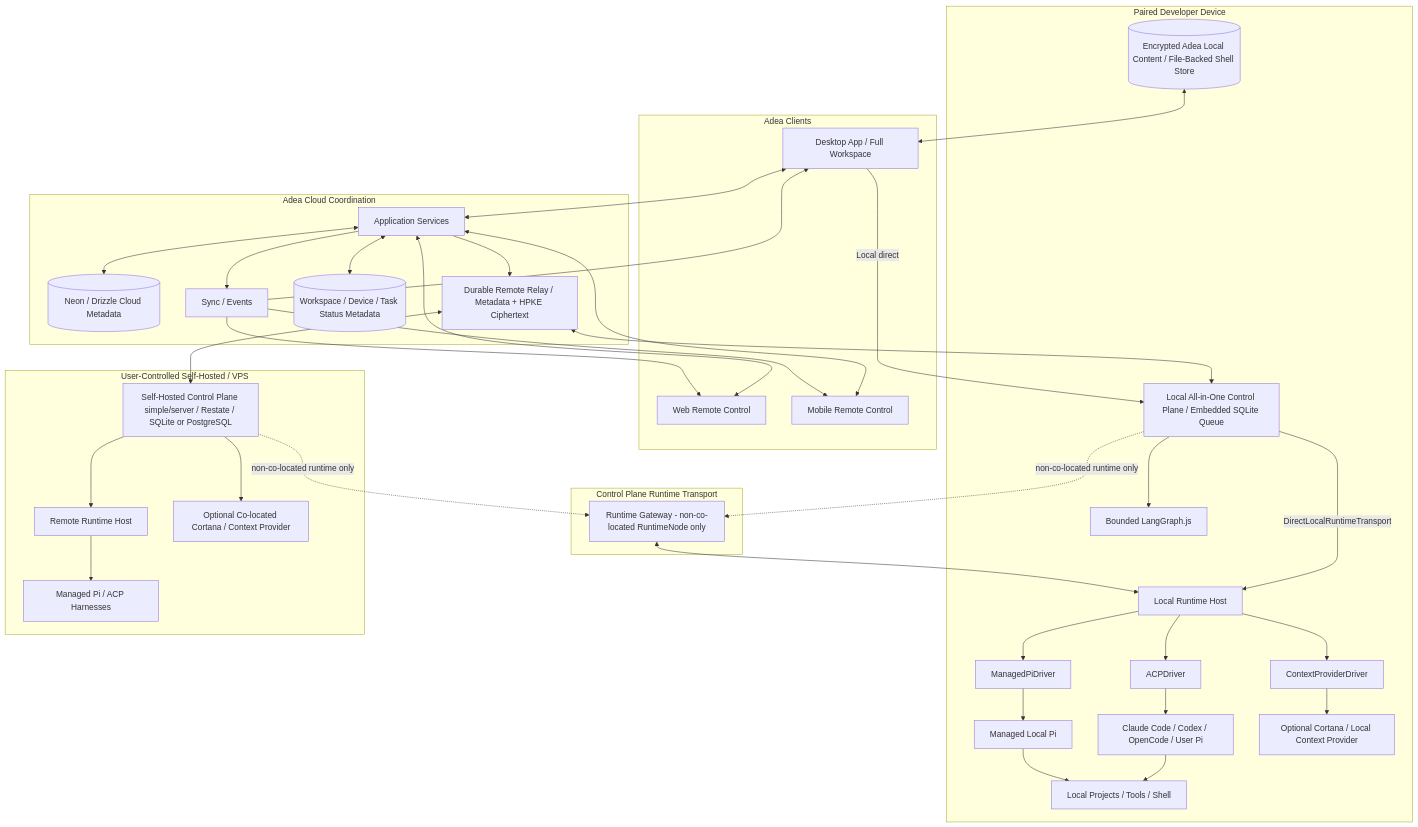
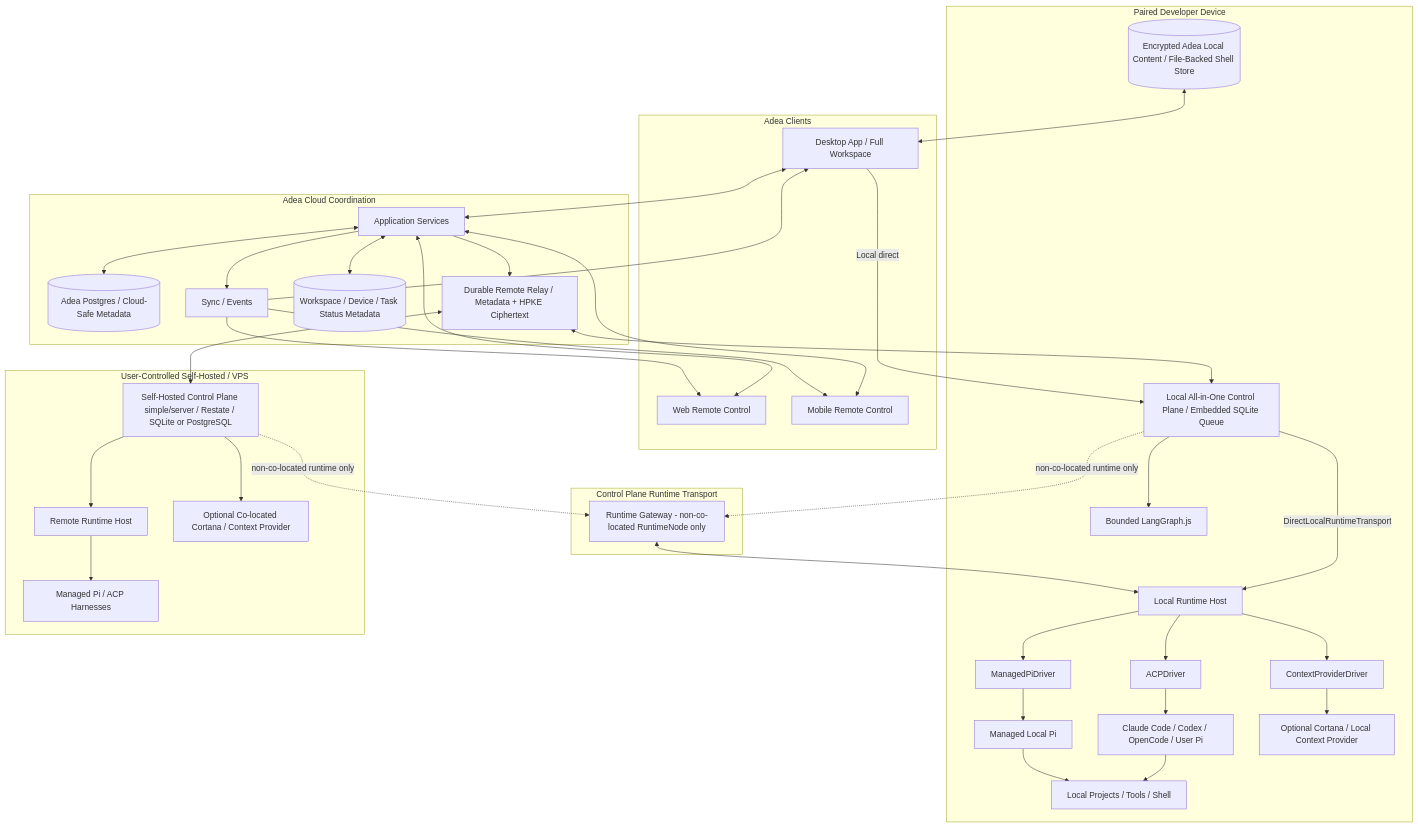
Before and after one commit to adea-ai/adea: the tenth of 18 diagrams in docs/architecture/diagram-sources.md, drawn with Mermaid. The commit also changed other lines of this file and 146 other files, not shown here.

````diff
--- a/docs/architecture/diagram-sources.md
+++ b/docs/architecture/diagram-sources.md
@@ -367,67 +367,67 @@
 ```mermaid
 flowchart TB
     subgraph Clients["Adea Clients"]
         D[Desktop App / Full Workspace]
         W[Web Remote Control]
         M[Mobile Remote Control]
     end
     subgraph Cloud["Adea Cloud Coordination"]
         APP[Application Services]
-        DB[(Neon / Drizzle Cloud Metadata)]
+        DB[(Adea Postgres / Cloud-Safe Metadata)]
         RELAY[Durable Remote Relay / Metadata + HPKE Ciphertext]
         META[(Workspace / Device / Task Status Metadata)]
         EVT[Sync / Events]
     end
     subgraph RuntimeTransportInfra["Control Plane Runtime Transport"]
         RG[Runtime Gateway - non-co-located RuntimeNode only]
     end
     subgraph Local["Paired Developer Device"]
         LC[(Encrypted Adea Local Content / File-Backed Shell Store)]
         LCP[Local All-in-One Control Plane / Embedded SQLite Queue]
         LG[Bounded LangGraph.js]
         RH[Local Runtime Host]
         MPI[Managed Local Pi]
         MPD[ManagedPiDriver]
         ACPD[ACPDriver]
         CPD[ContextProviderDriver]
         EXT[Claude Code / Codex / OpenCode / User Pi]
         ENV[Local Projects / Tools / Shell]
         CT[Optional Cortana / Local Context Provider]
     end
     subgraph Hosted["User-Controlled Self-Hosted / VPS"]
         HCP[Self-Hosted Control Plane simple/server / Restate / SQLite or PostgreSQL]
         HRT[Remote Runtime Host]
         HPI[Managed Pi / ACP Harnesses]
         HCT[Optional Co-located Cortana / Context Provider]
     end
     D <--> APP
     W <--> APP
     M <--> APP
     APP <--> DB
     APP --> RELAY
     APP <--> META
     APP --> EVT
     LCP --> LG
     RELAY <--> LCP
     RELAY <--> HCP
     LCP -. non-co-located runtime only .-> RG
     HCP -. non-co-located runtime only .-> RG
     RG <--> RH
     HCP --> HRT
     HCP --> HCT
     HRT --> HPI
     LC <--> D
     D -->|Local direct| LCP
     LCP -->|DirectLocalRuntimeTransport| RH
     EVT --> D
     EVT --> W
     EVT --> M
     RH --> MPD
     MPD --> MPI
     RH --> ACPD
     ACPD --> EXT
     RH --> CPD
     CPD --> CT
     MPI --> ENV
     EXT --> ENV
 ```
````
